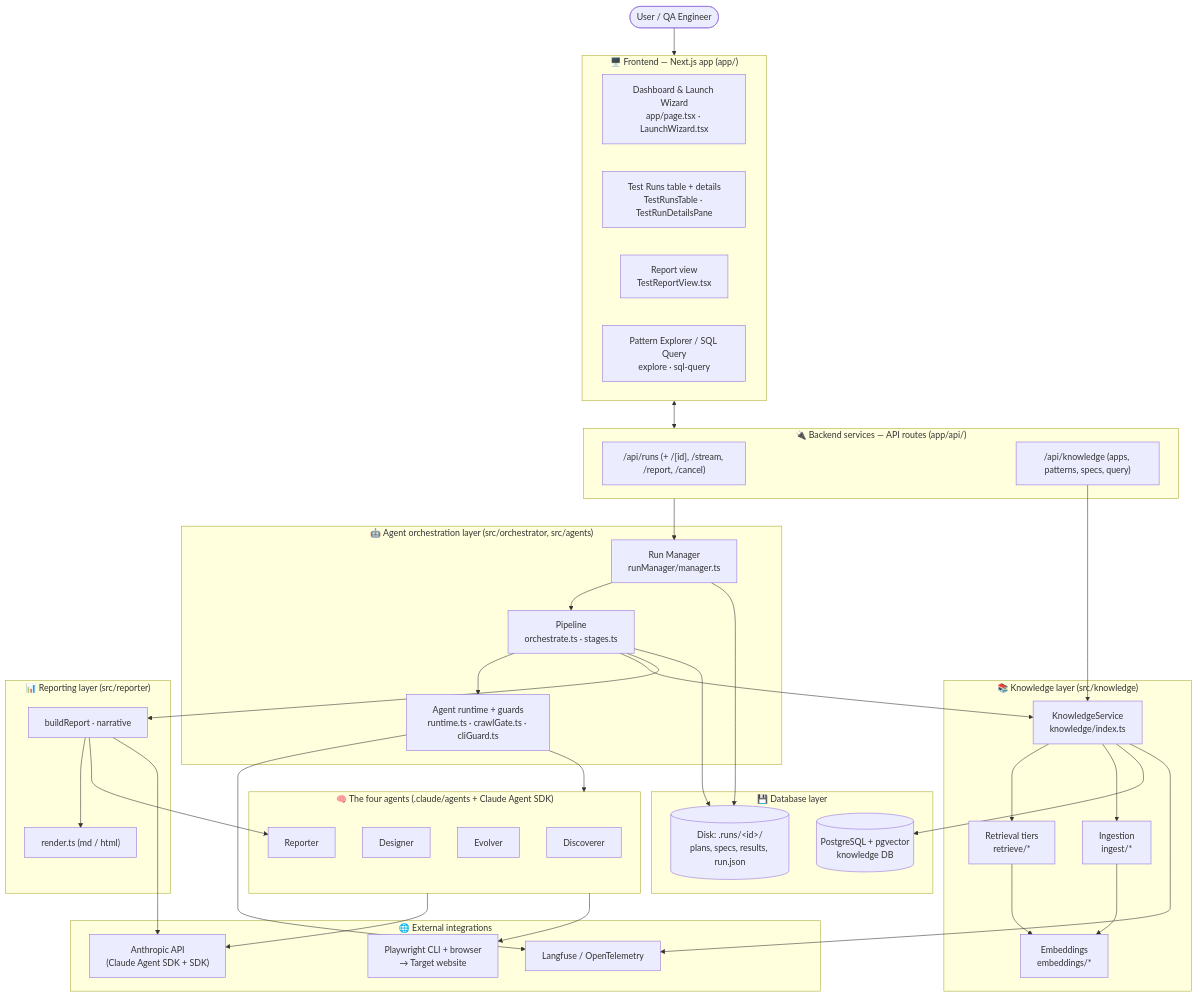
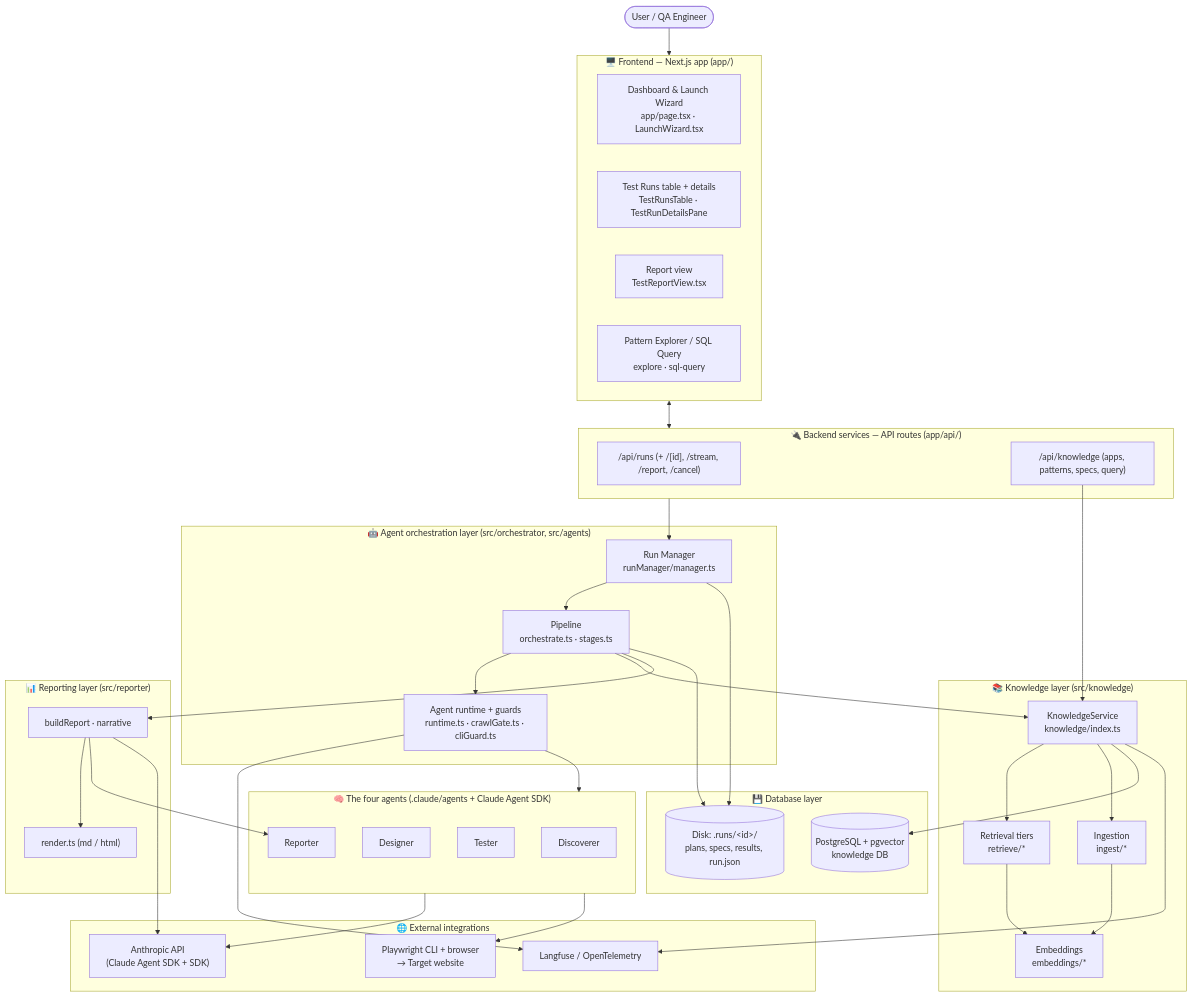
The first of 13 diagrams in architecture.md (spalanivelu1989/test-suite), drawn with Mermaid before and after one commit. The commit also changed other lines of this file and 86 other files, not shown here.

````diff
--- a/architecture.md
+++ b/architecture.md
@@ -61,76 +67,76 @@
 ```mermaid
 flowchart TB
     User([User / QA Engineer])
 
     subgraph FE["🖥️ Frontend — Next.js app (app/)"]
         Dash["Dashboard & Launch Wizard<br/>app/page.tsx · LaunchWizard.tsx"]
         RunsUI["Test Runs table + details<br/>TestRunsTable · TestRunDetailsPane"]
         ReportUI["Report view<br/>TestReportView.tsx"]
         Explore["Pattern Explorer / SQL Query<br/>explore · sql-query"]
     end
 
     subgraph API["🔌 Backend services — API routes (app/api/)"]
         RunsAPI["/api/runs (+ /[id], /stream, /report, /cancel)"]
         KnowAPI["/api/knowledge (apps, patterns, specs, query)"]
     end
 
     subgraph ORCH["🤖 Agent orchestration layer (src/orchestrator, src/agents)"]
         RunMgr["Run Manager<br/>runManager/manager.ts"]
         Pipeline["Pipeline<br/>orchestrate.ts · stages.ts"]
         Runtime["Agent runtime + guards<br/>runtime.ts · crawlGate.ts · cliGuard.ts"]
     end
 
     subgraph AGENTS["🧠 The four agents (.claude/agents + Claude Agent SDK)"]
         D1[Discoverer]
         D2[Designer]
-        D3[Evolver]
+        D3[Tester]
         D4[Reporter]
     end
 
     subgraph KNOW["📚 Knowledge layer (src/knowledge)"]
         KSvc["KnowledgeService<br/>knowledge/index.ts"]
         Retrieve["Retrieval tiers<br/>retrieve/*"]
         Ingest["Ingestion<br/>ingest/*"]
         Embed["Embeddings<br/>embeddings/*"]
     end
 
     subgraph REPORT["📊 Reporting layer (src/reporter)"]
         Build["buildReport · narrative"]
         Render["render.ts (md / html)"]
     end
 
     subgraph DATA["💾 Database layer"]
         Disk[("Disk: .runs/&lt;id&gt;/<br/>plans, specs, results, run.json")]
         PG[("PostgreSQL + pgvector<br/>knowledge DB")]
     end
 
     subgraph EXT["🌐 External integrations"]
         Claude["Anthropic API<br/>(Claude Agent SDK + SDK)"]
         PW["Playwright CLI + browser<br/>→ Target website"]
         LF["Langfuse / OpenTelemetry"]
     end
 
     User --> FE
     FE <--> API
     API --> RunMgr
     RunMgr --> Pipeline
     Pipeline --> Runtime
     Runtime --> AGENTS
     AGENTS --> Claude
     AGENTS --> PW
     Pipeline --> KSvc
     Pipeline --> Build
     Build --> Render
     Build --> D4
     KSvc --> Retrieve
     KSvc --> Ingest
     Retrieve --> Embed
     Ingest --> Embed
     KSvc --> PG
     KnowAPI --> KSvc
     RunMgr --> Disk
     Pipeline --> Disk
     Runtime --> LF
     KSvc --> LF
     Build --> Claude
 ```
````
